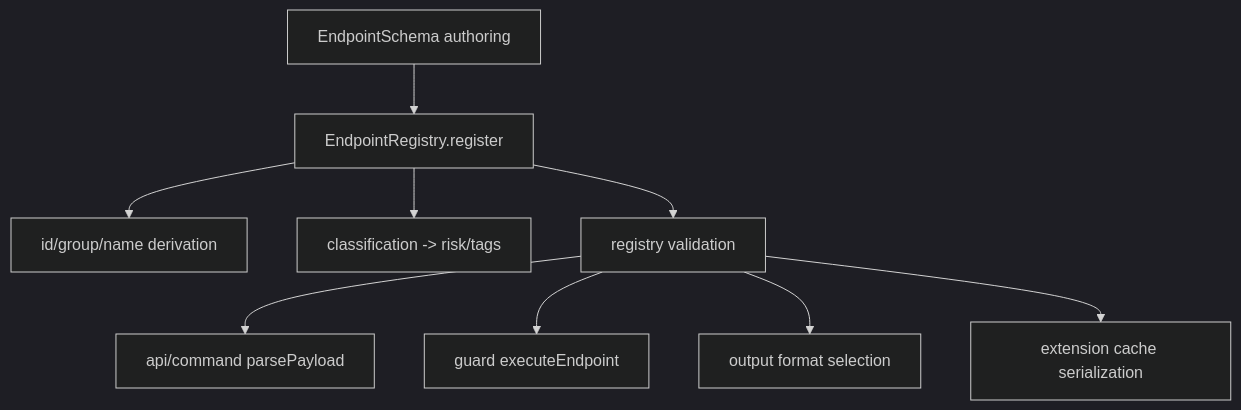
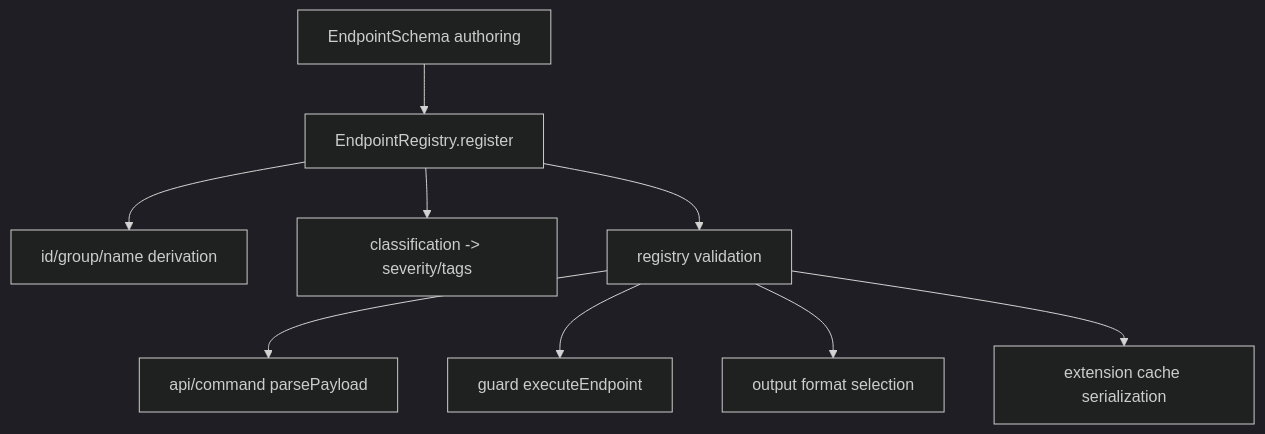
One commit to frostime/siyuan-cli changed the diagram in .sspec/spec-docs/endpoint-schema.md. Above: the diagram before and after it, drawn with Mermaid (dark theme). The commit also changed other lines of this file and 109 other files, not shown here.

````diff
--- a/.sspec/spec-docs/endpoint-schema.md
+++ b/.sspec/spec-docs/endpoint-schema.md
@@ -33,11 +34,11 @@
 ```mermaid
 graph TD
     A[EndpointSchema authoring] --> B[EndpointRegistry.register]
     B --> C[id/group/name derivation]
-    B --> D[classification -> risk/tags]
+    B --> D[classification -> severity/tags]
     B --> E[registry validation]
     E --> F[api/command parsePayload]
     E --> G[guard executeEndpoint]
     E --> H[output format selection]
     E --> I[extension cache serialization]
 ```
````
